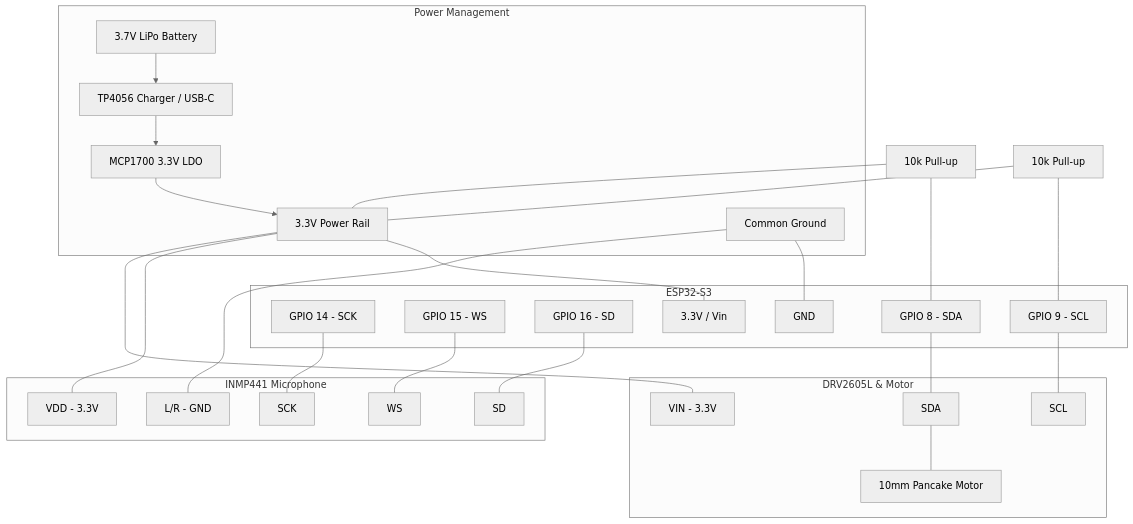
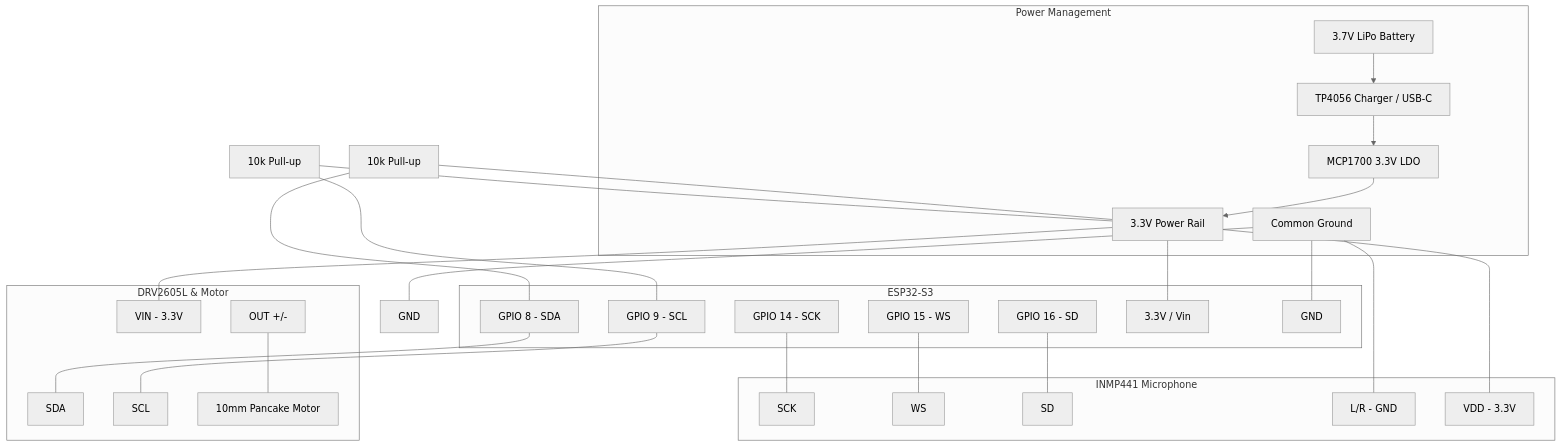
The diagram in README.md (JayW76/463-Project), drawn with Mermaid (neutral theme) before and after one commit. The commit also changed other lines of this file, not shown here.

````diff
--- a/README.md
+++ b/README.md
@@ -202,62 +261,65 @@
 ```mermaid
 graph TD
     %% Power Section
     subgraph Power_System [Power Management]
         Battery[3.7V LiPo Battery] --> TP4056[TP4056 Charger / USB-C]
         TP4056 --> MCP1700[MCP1700 3.3V LDO]
         MCP1700 --> VCC_Rail[3.3V Power Rail]
         GND[Common Ground]
     end
 
     %% ESP32-S3 Connections
     subgraph MCU [ESP32-S3]
         GPIO14[GPIO 14 - SCK]
         GPIO15[GPIO 15 - WS]
         GPIO16[GPIO 16 - SD]
         GPIO8[GPIO 8 - SDA]
         GPIO9[GPIO 9 - SCL]
         MCU_VCC[3.3V / Vin]
         MCU_GND[GND]
     end
 
     %% Microphone Connections
     subgraph Audio_Input [INMP441 Microphone]
         MIC_SCK[SCK]
         MIC_WS[WS]
         MIC_SD[SD]
         MIC_L/R[L/R - GND]
         MIC_VCC[VDD - 3.3V]
     end
 
     %% Haptic Connections
     subgraph Haptic_Output [DRV2605L & Motor]
         DRV_SDA[SDA]
         DRV_SCL[SCL]
         DRV_VCC[VIN - 3.3V]
+        DRV_OUT[OUT +/-]
         Vib_Motor[10mm Pancake Motor]
     end
 
-    %% Wiring Logic
+    %% Power Wiring
     VCC_Rail --- MCU_VCC
     VCC_Rail --- MIC_VCC
     VCC_Rail --- DRV_VCC
     
     GND --- MCU_GND
     GND --- MIC_L/R
+    GND --- DRV_GND[GND]
     
     %% Signal Wiring
     GPIO14 --- MIC_SCK
     GPIO15 --- MIC_WS
     GPIO16 --- MIC_SD
     
     GPIO8 --- DRV_SDA
     GPIO9 --- DRV_SCL
     
+    %% Output to Motor
+    DRV_OUT --- Vib_Motor
+
     %% Pull-up Resistors
     R1[10k Pull-up] --- GPIO8
     R1 --- VCC_Rail
     R2[10k Pull-up] --- GPIO9
     R2 --- VCC_Rail
-
-    DRV_SDA --- Vib_Motor
 ```
````
